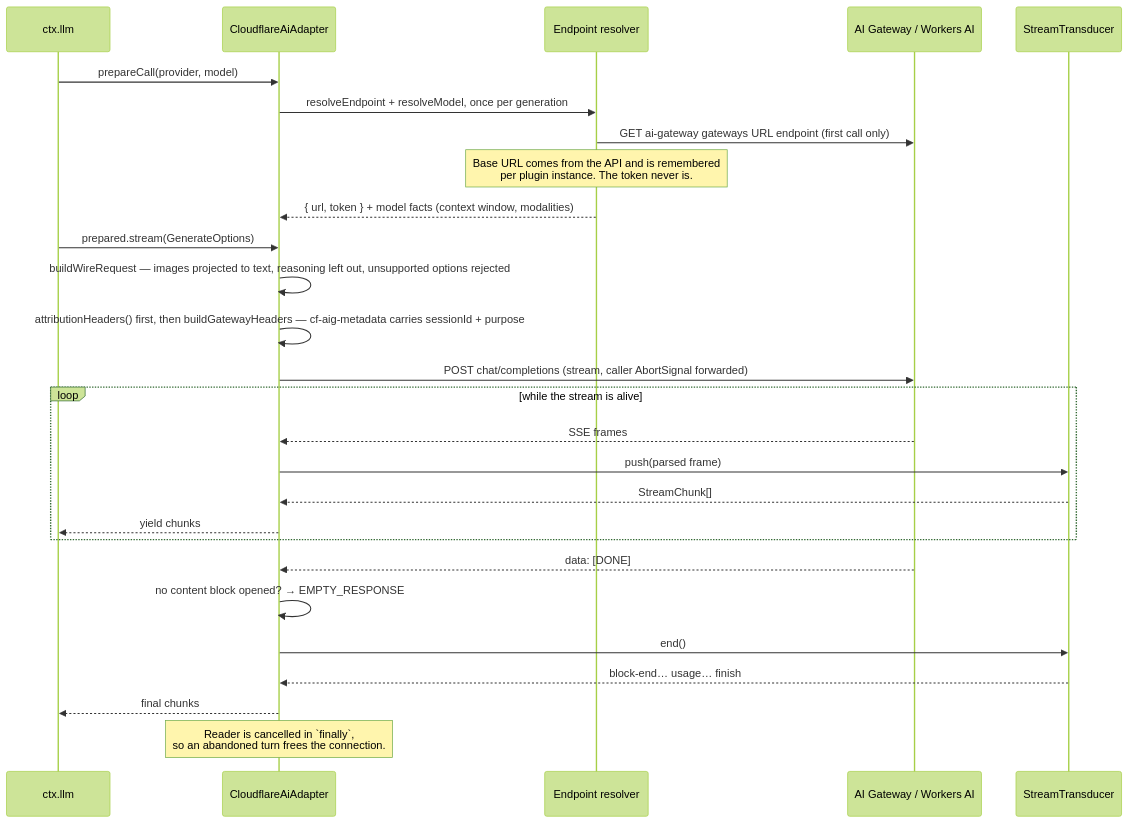
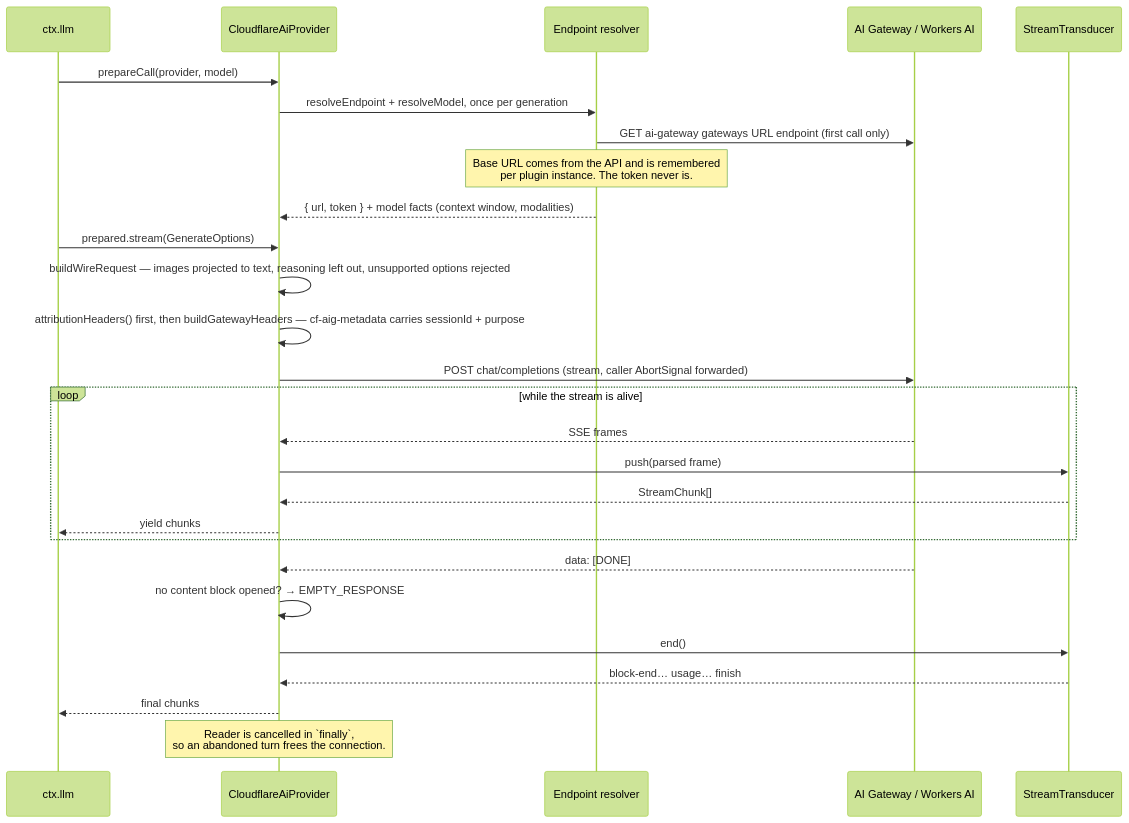
Before and after one commit to d4551/cloudflare-dsh: the third of 7 diagrams in README.md, drawn with Mermaid (forest theme). The commit also changed other lines of this file and 42 other files, not shown here.

````diff
--- a/README.md
+++ b/README.md
@@ -306,30 +302,30 @@
 ```mermaid
 sequenceDiagram
     participant L as ctx.llm
-    participant AD as CloudflareAiAdapter
+    participant AD as CloudflareAiProvider
     participant EP as Endpoint resolver
     participant GW as AI Gateway / Workers AI
     participant TR as StreamTransducer
 
     L->>AD: prepareCall(provider, model)
     AD->>EP: resolveEndpoint + resolveModel, once per generation
     EP->>GW: GET ai-gateway gateways URL endpoint (first call only)
     Note over EP: Base URL comes from the API and is remembered<br/>per plugin instance. The token never is.
     EP-->>AD: { url, token } + model facts (context window, modalities)
     L->>AD: prepared.stream(GenerateOptions)
     AD->>AD: buildWireRequest — images projected to text, reasoning left out, unsupported options rejected
     AD->>AD: attributionHeaders() first, then buildGatewayHeaders — cf-aig-metadata carries sessionId + purpose
     AD->>GW: POST chat/completions (stream, caller AbortSignal forwarded)
     loop while the stream is alive
         GW-->>AD: SSE frames
         AD->>TR: push(parsed frame)
         TR-->>AD: StreamChunk[]
         AD-->>L: yield chunks
     end
     GW-->>AD: data: [DONE]
     AD->>AD: no content block opened? → EMPTY_RESPONSE
     AD->>TR: end()
     TR-->>AD: block-end… usage… finish
     AD-->>L: final chunks
     Note over AD: Reader is cancelled in `finally`,<br/>so an abandoned turn frees the connection.
 ```
````
